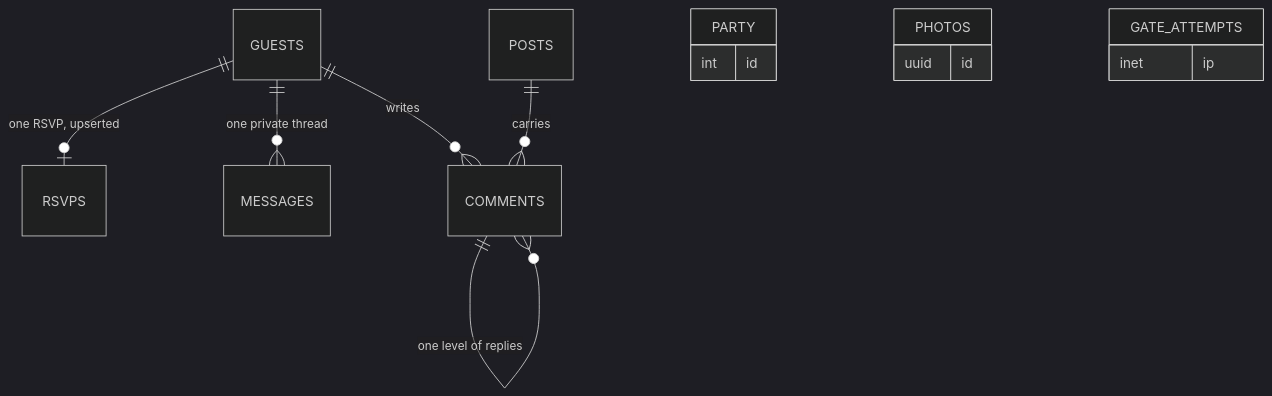
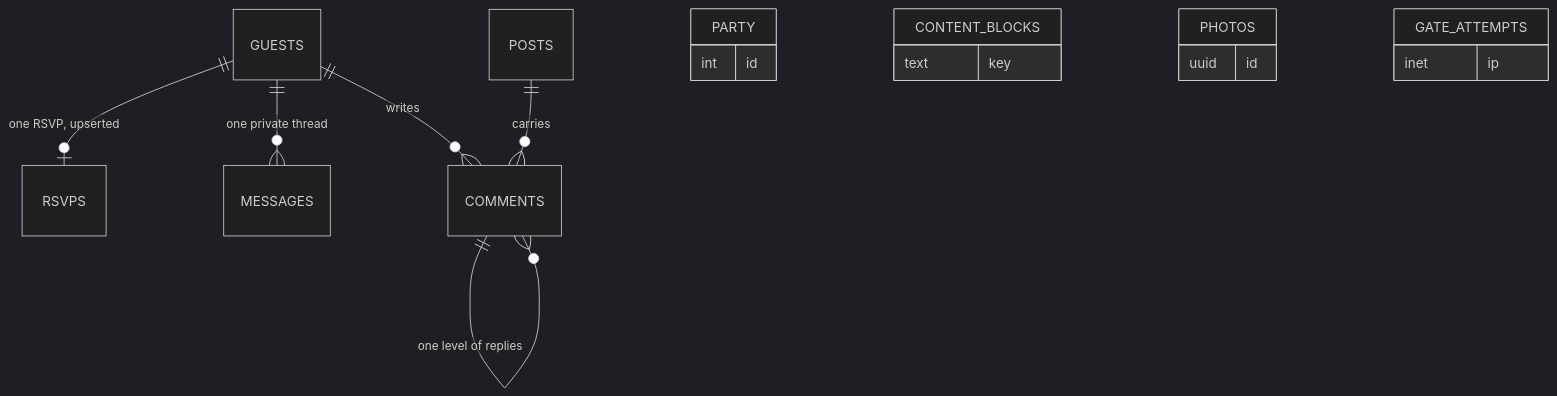
One commit to teamupstart/mission-control changed the third of 4 diagrams in docs/plans/anniversary-party-site/plan.md. Above: the diagram before and after it, drawn with Mermaid (dark theme). The commit also changed other lines of this file and 4 other files, not shown here.

````diff
--- a/docs/plans/anniversary-party-site/plan.md
+++ b/docs/plans/anniversary-party-site/plan.md
@@ -118,11 +168,12 @@
 ```mermaid
 erDiagram
   GUESTS ||--o| RSVPS : "one RSVP, upserted"
   GUESTS ||--o{ MESSAGES : "one private thread"
   GUESTS ||--o{ COMMENTS : writes
   POSTS ||--o{ COMMENTS : carries
   COMMENTS ||--o{ COMMENTS : "one level of replies"
   PARTY { int id }
+  CONTENT_BLOCKS { text key }
   PHOTOS { uuid id }
   GATE_ATTEMPTS { inet ip }
 ```
````
